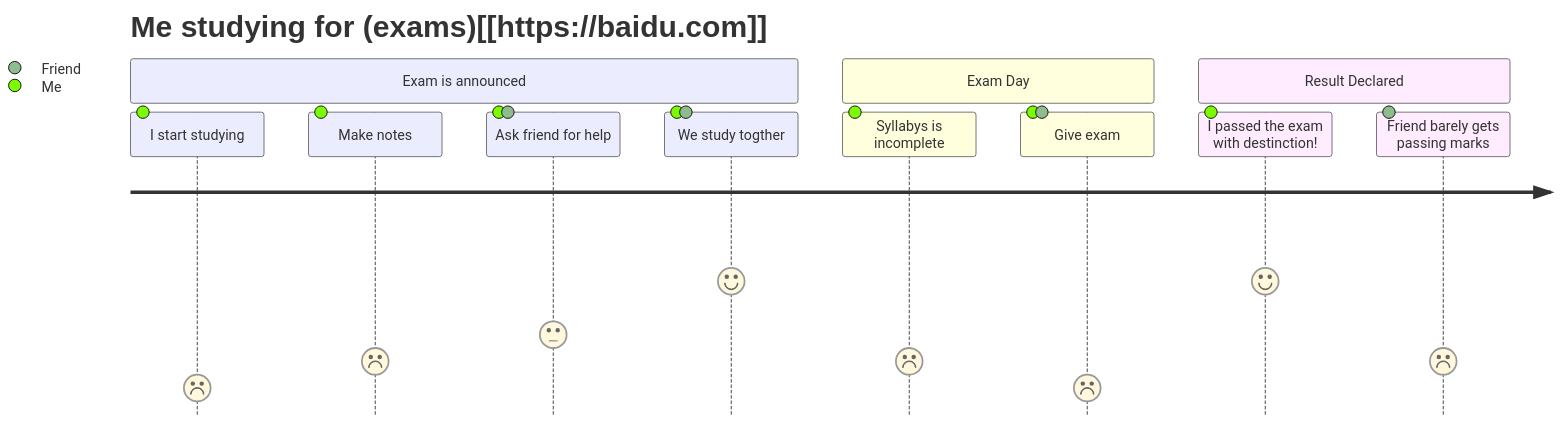
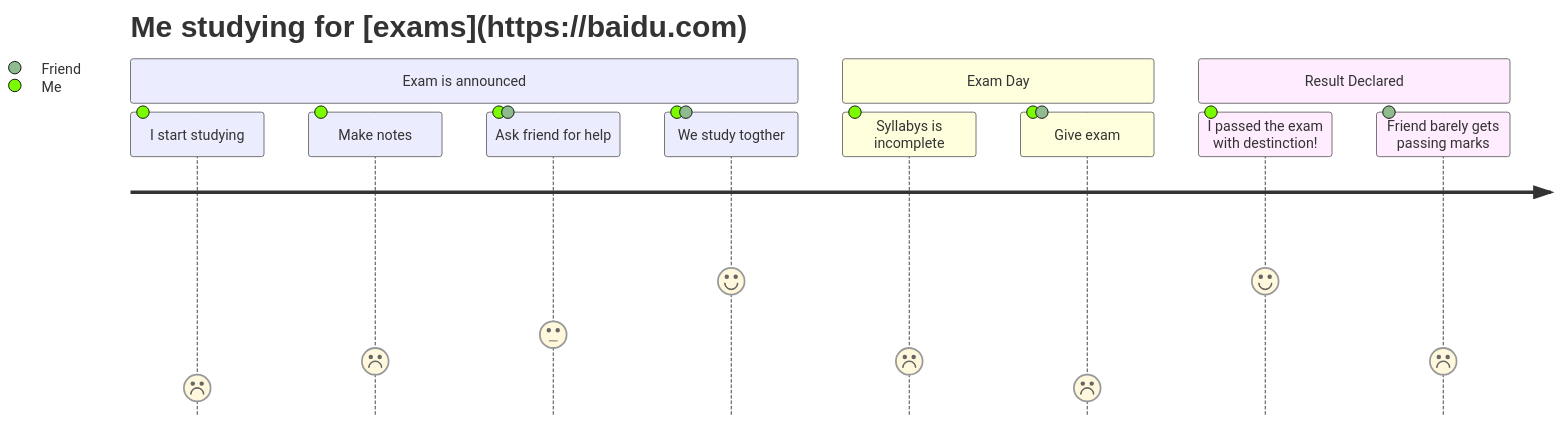
Before and after one commit to JinLei324/station-ios: the diagram in README.md, drawn with Mermaid.

````diff
--- a/README.md
+++ b/README.md
@@ -2,15 +2,15 @@
 ```mermaid
 journey
-	title Me studying for (exams)[[https://baidu.com]]
+	title Me studying for [exams](https://baidu.com)
 	section Exam is announced
 		I start studying: 1: Me
 		Make notes: 2: Me
 		Ask friend for help: 3: Me, Friend
 		We study togther: 5: Me, Friend
 	section Exam Day
 		Syllabys is incomplete: 2: Me
 		Give exam: 1: Me, Friend
 	section Result Declared
 		I passed the exam with destinction!: 5: Me
 		Friend barely gets passing marks: 2: Friend
 ```
````
